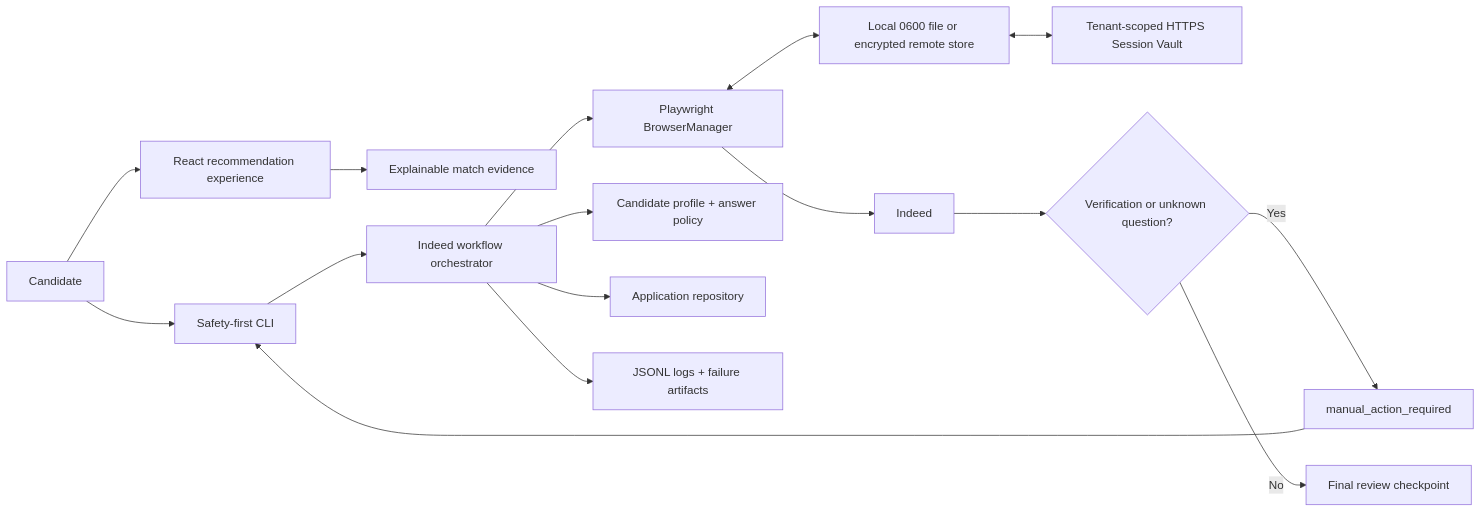
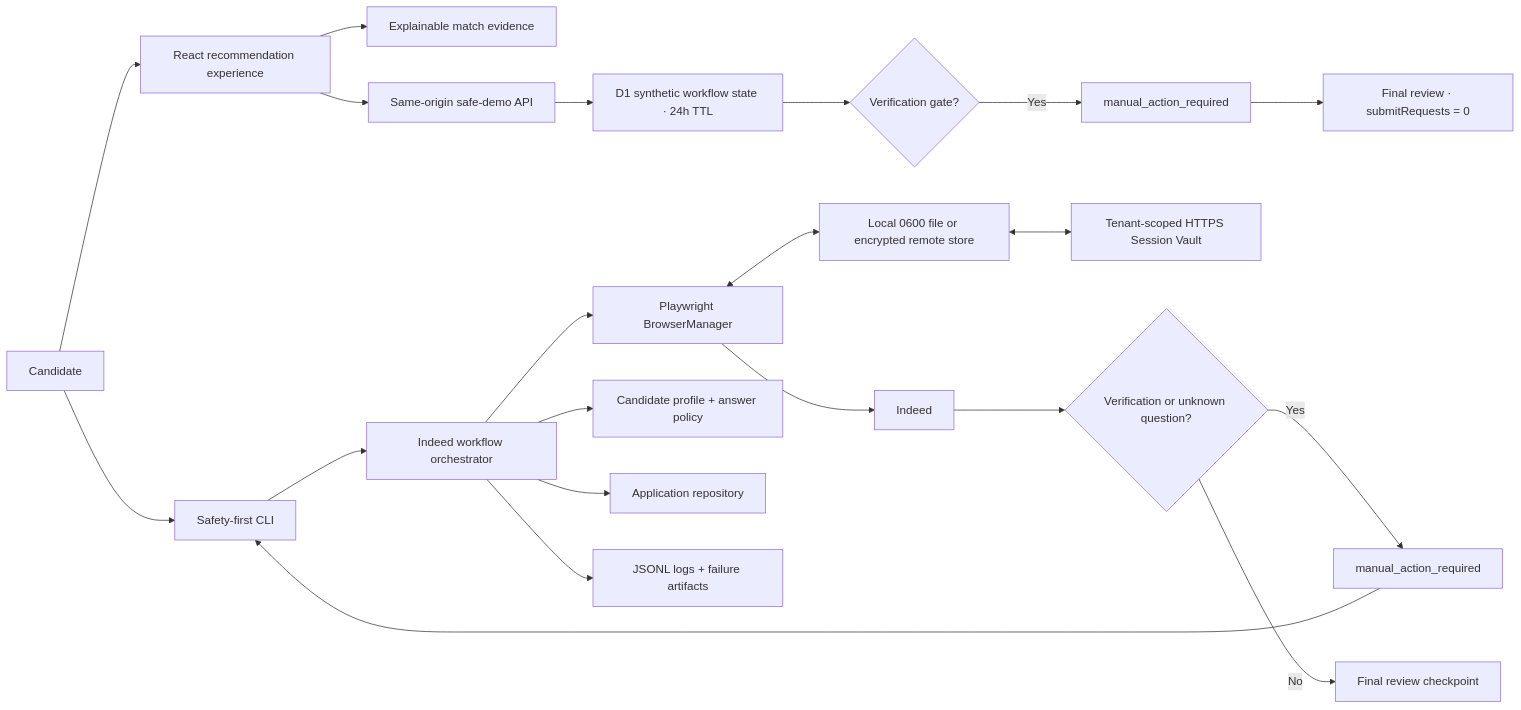
Before and after one commit to b2ty9t7yhz-source/jobnova-takehome: the first of 2 diagrams in README.md, drawn with Mermaid. The commit also changed other lines of this file and 30 other files, not shown here.

Commit message:
Integrate the safe public workflow demo

````diff
--- a/README.md
+++ b/README.md
@@ -45,18 +46,23 @@
 ```mermaid
 flowchart LR
   Candidate["Candidate"] --> Web["React recommendation experience"]
   Web --> Explain["Explainable match evidence"]
+  Web --> DemoAPI["Same-origin safe-demo API"]
+  DemoAPI --> DemoState["D1 synthetic workflow state · 24h TTL"]
+  DemoState --> DemoGate{"Verification gate?"}
+  DemoGate -->|Yes| DemoPause["manual_action_required"]
+  DemoPause --> DemoReview["Final review · submitRequests = 0"]
   Candidate --> CLI["Safety-first CLI"]
   CLI --> Workflow["Indeed workflow orchestrator"]
   Workflow --> Browser["Playwright BrowserManager"]
   Workflow --> Policy["Candidate profile + answer policy"]
   Workflow --> Repository["Application repository"]
   Browser <--> Session["Local 0600 file or encrypted remote store"]
   Session <--> Vault["Tenant-scoped HTTPS Session Vault"]
   Workflow --> Logs["JSONL logs + failure artifacts"]
   Browser --> Indeed["Indeed"]
   Indeed --> Gate{"Verification or unknown question?"}
   Gate -->|Yes| Pause["manual_action_required"]
   Pause --> CLI
   Gate -->|No| Review["Final review checkpoint"]
 ```
````
